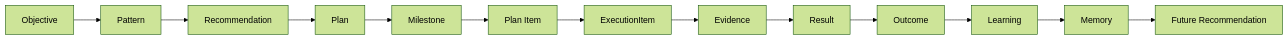
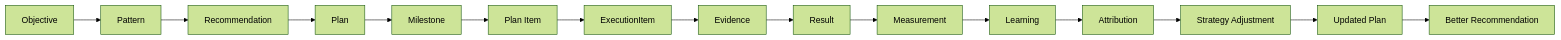
One commit to apjproduction/vgos-enterprise changed the second of 2 diagrams in architecture/data-flow.md. Above: the diagram before and after it, drawn with Mermaid (forest theme). The commit also changed other lines of this file and 20 other files, not shown here.

````diff
--- a/architecture/data-flow.md
+++ b/architecture/data-flow.md
@@ -29,15 +31,17 @@
 ```mermaid
 flowchart LR
   A["Objective"] --> B["Pattern"]
   B --> C["Recommendation"]
   C --> D["Plan"]
   D --> E["Milestone"]
   E --> F["Plan Item"]
   F --> G["ExecutionItem"]
   G --> H["Evidence"]
   H --> I["Result"]
-  I --> J["Outcome"]
+  I --> J["Measurement"]
   J --> K["Learning"]
-  K --> L["Memory"]
-  L --> M["Future Recommendation"]
+  K --> L["Attribution"]
+  L --> M["Strategy Adjustment"]
+  M --> N["Updated Plan"]
+  N --> O["Better Recommendation"]
 ```
````
